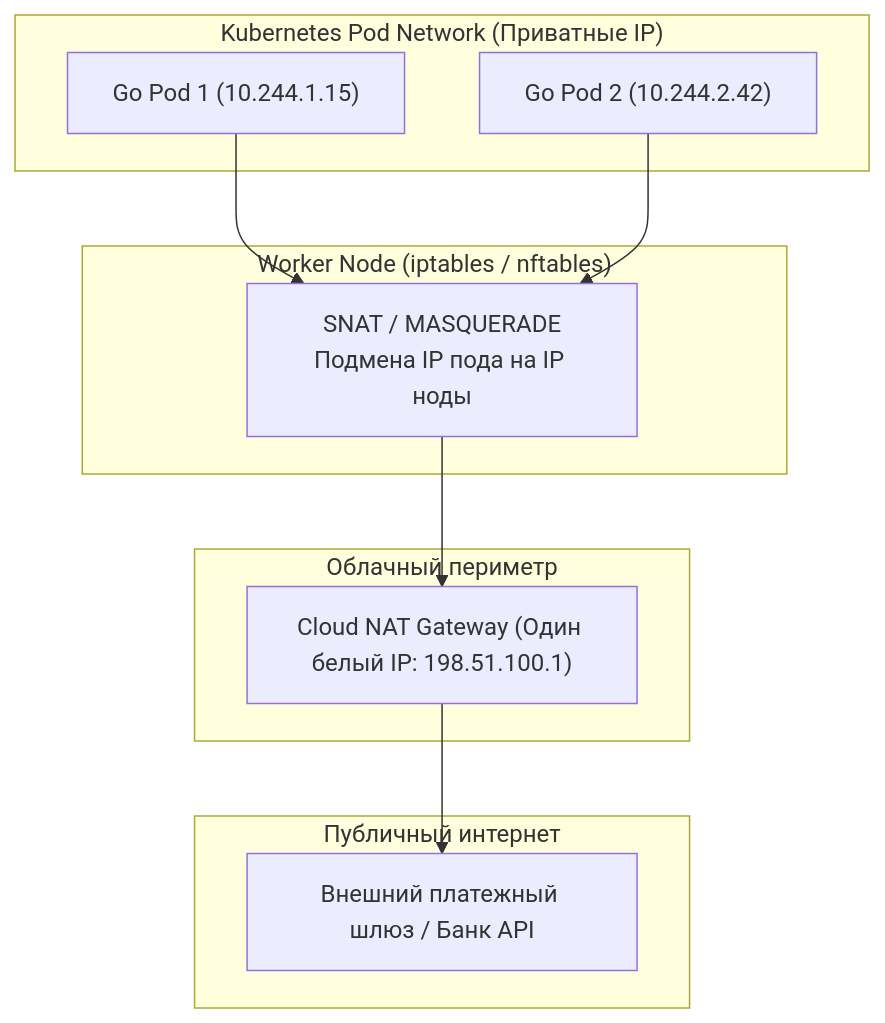
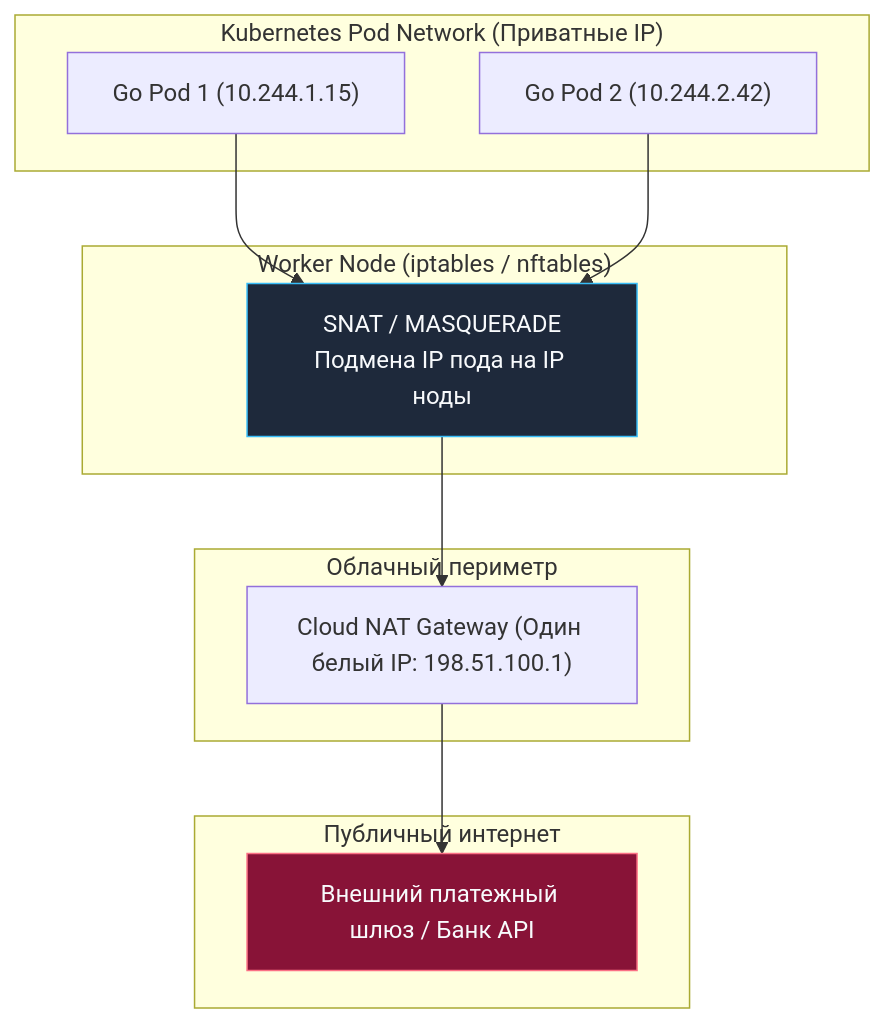
The third of 6 diagrams in sources/3. Компьютерные сети и сетевой стек/8. NAT, PAT и почему приватные сети работают через один IP.md (UnrealTemplier/go-textbook), drawn with Mermaid before and after one commit. The commit also changed other lines of this file and 1666 other files, not shown here.

First line of the commit message:
feat(mermaid): add semantic color classDef to 1369 colorless flowchart/graph diagrams

````diff
--- a/sources/3. Компьютерные сети и сетевой стек/8. NAT, PAT и почему приватные сети работают через один IP.md
+++ b/sources/3. Компьютерные сети и сетевой стек/8. NAT, PAT и почему приватные сети работают через один IP.md
@@ -98,24 +108,34 @@
 ```mermaid
 flowchart TD
+    classDef process  fill:#1e293b,stroke:#38bdf8,stroke-width:1px,color:#f8fafc
+    classDef success  fill:#064e3b,stroke:#34d399,stroke-width:1px,color:#f8fafc
+    classDef error    fill:#7f1d1d,stroke:#f87171,stroke-width:1px,color:#f8fafc
+    classDef warning  fill:#78350f,stroke:#fbbf24,stroke-width:1px,color:#f8fafc
+    classDef entry    fill:#1e3a5f,stroke:#38bdf8,stroke-width:2px,color:#f8fafc
+    classDef aux      fill:#334155,stroke:#64748b,stroke-width:1px,color:#f8fafc
+    classDef system   fill:#312e81,stroke:#a78bfa,stroke-width:1px,color:#f8fafc
+    classDef data     fill:#132d29,stroke:#2dd4bf,stroke-width:1px,color:#f8fafc
+    classDef network  fill:#881337,stroke:#fb7185,stroke-width:1px,color:#f8fafc
+    classDef accent   fill:#1e1b4b,stroke:#818cf8,stroke-width:1px,color:#f8fafc
     subgraph PodNet ["Kubernetes Pod Network (Приватные IP)"]
         GoPod1["Go Pod 1 (10.244.1.15)"]
         GoPod2["Go Pod 2 (10.244.2.42)"]
     end
 
     subgraph NodeNAT ["Worker Node (iptables / nftables)"]
-        MASQ["SNAT / MASQUERADE<br/>Подмена IP пода на IP ноды"]
+        MASQ["SNAT / MASQUERADE<br/>Подмена IP пода на IP ноды"]:::process
     end
 
     subgraph CloudEgress ["Облачный периметр"]
         CloudNAT["Cloud NAT Gateway (Один белый IP: 198.51.100.1)"]
     end
 
     subgraph Internet ["Публичный интернет"]
-        ExtAPI["Внешний платежный шлюз / Банк API"]
+        ExtAPI["Внешний платежный шлюз / Банк API"]:::network
     end
 
     GoPod1 --> MASQ
     GoPod2 --> MASQ
     MASQ --> CloudNAT
     CloudNAT --> ExtAPI
 ```
````
